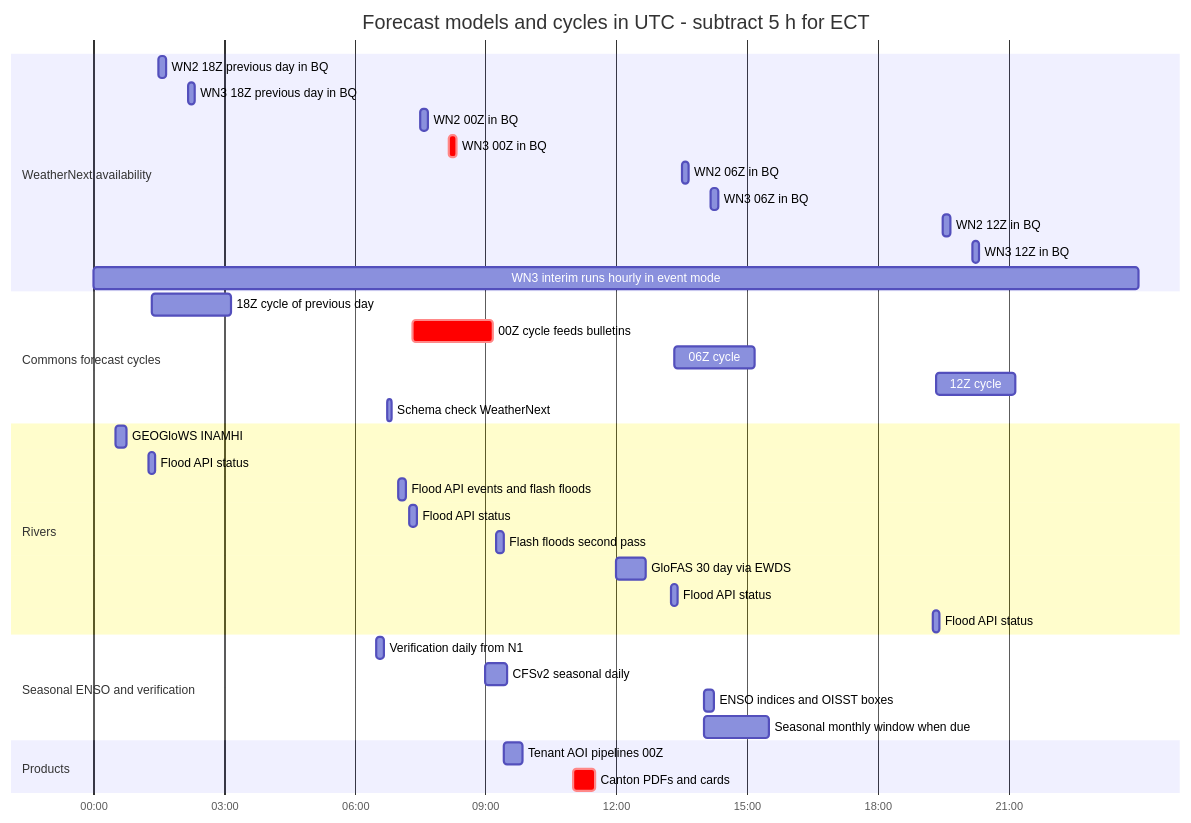
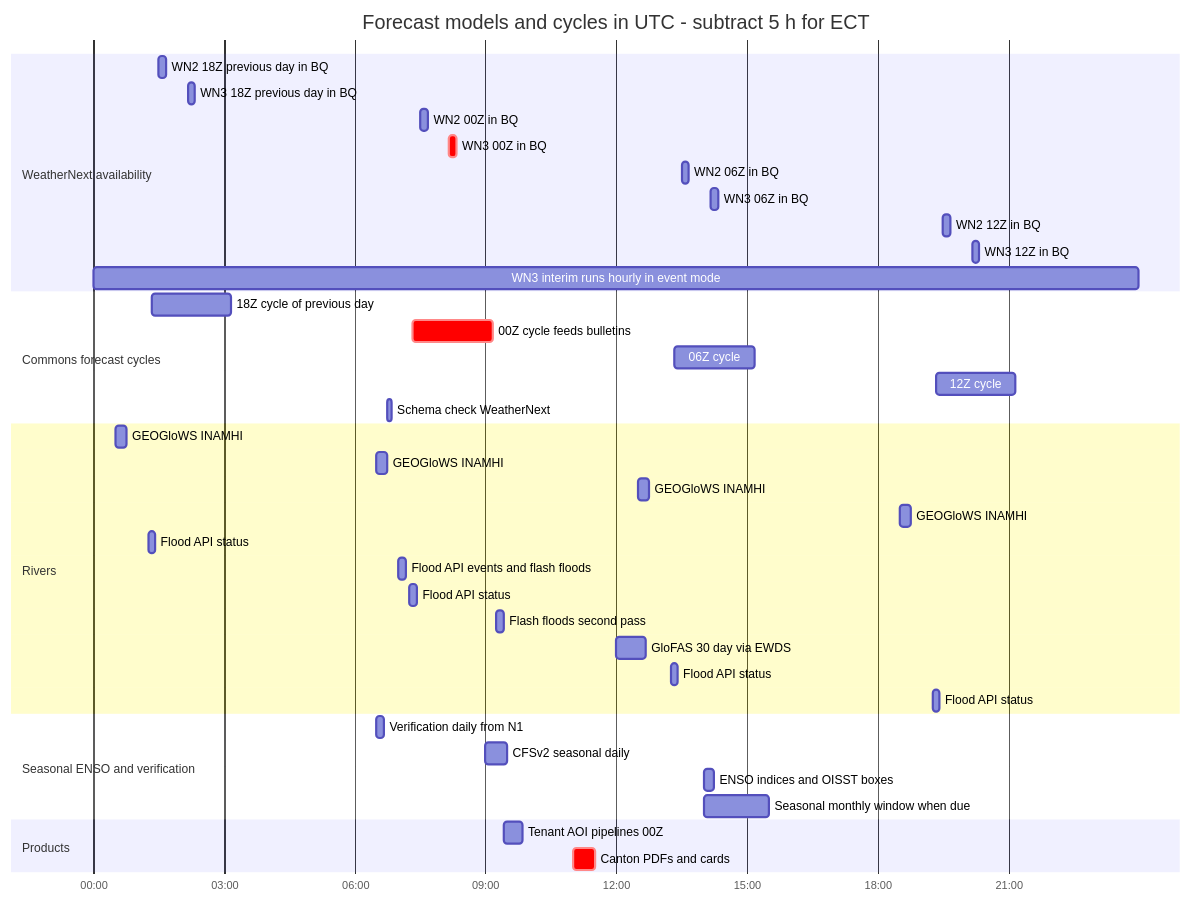
Before and after one commit to mcastroarroyo/weathernext: the second of 2 diagrams in docs/06-forecast-model-stack.md, drawn with Mermaid. The commit also changed other lines of this file, not shown here.

````diff
--- a/docs/06-forecast-model-stack.md
+++ b/docs/06-forecast-model-stack.md
@@ -1163,39 +1172,42 @@
 ```mermaid
 gantt
   title Forecast models and cycles in UTC - subtract 5 h for ECT
   dateFormat HH:mm
   axisFormat %H:%M
   section WeatherNext availability
   WN2 18Z previous day in BQ            :w0, 01:30, 01:40
   WN3 18Z previous day in BQ            :w1, 02:10, 02:20
   WN2 00Z in BQ                         :w2, 07:30, 07:40
   WN3 00Z in BQ                         :crit, w3, 08:10, 08:20
   WN2 06Z in BQ                         :w4, 13:30, 13:40
   WN3 06Z in BQ                         :w5, 14:10, 14:20
   WN2 12Z in BQ                         :w6, 19:30, 19:40
   WN3 12Z in BQ                         :w7, 20:10, 20:20
   WN3 interim runs hourly in event mode :w8, 00:00, 23:59
   section Commons forecast cycles
   18Z cycle of previous day             :c1, 01:20, 03:10
   00Z cycle feeds bulletins             :crit, c2, 07:20, 09:10
   06Z cycle                             :c3, 13:20, 15:10
   12Z cycle                             :c4, 19:20, 21:10
   Schema check WeatherNext              :c5, 06:45, 06:50
   section Rivers
   GEOGloWS INAMHI                       :r1, 00:30, 00:45
+  GEOGloWS INAMHI                       :r1b, 06:30, 06:45
+  GEOGloWS INAMHI                       :r1c, 12:30, 12:45
+  GEOGloWS INAMHI                       :r1d, 18:30, 18:45
   Flood API status                      :r2, 01:15, 01:25
   Flood API events and flash floods     :r3, 07:00, 07:10
   Flood API status                      :r4, 07:15, 07:25
   Flash floods second pass              :r5, 09:15, 09:25
   GloFAS 30 day via EWDS                :r6, 12:00, 12:40
   Flood API status                      :r7, 13:15, 13:25
   Flood API status                      :r8, 19:15, 19:25
   section Seasonal ENSO and verification
   Verification daily from N1            :v1, 06:30, 06:40
   CFSv2 seasonal daily                  :s1, 09:00, 09:30
   ENSO indices and OISST boxes          :s2, 14:00, 14:15
   Seasonal monthly window when due      :s3, 14:00, 15:30
   section Products
   Tenant AOI pipelines 00Z              :p1, 09:25, 09:50
   Canton PDFs and cards                 :crit, p2, 11:00, 11:30
 ```
````
